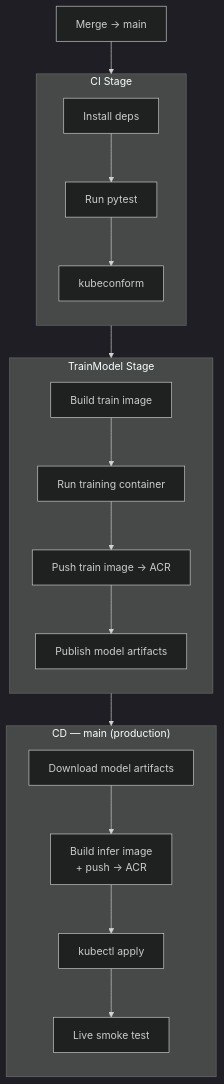
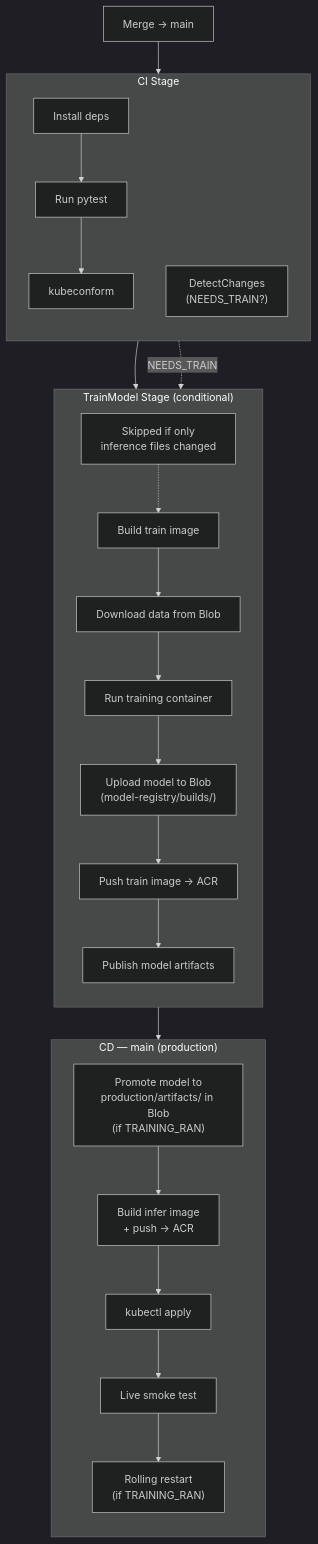
One commit to Annemarie-Bester/marketing-model-mlops-azure changed the third of 5 diagrams in docs/ci-cd-pipeline.md. Above: the diagram before and after it, drawn with Mermaid (dark theme). The commit also changed other lines of this file and 19 other files, not shown here.

````diff
--- a/docs/ci-cd-pipeline.md
+++ b/docs/ci-cd-pipeline.md
@@ -71,32 +77,38 @@
 ```mermaid
 flowchart TD
     MAIN_MERGE["Merge → main"] --> CI_MAIN
 
     subgraph CI_MAIN["CI Stage"]
         direction TB
         M_INSTALL["Install deps"]
         M_TEST["Run pytest"]
         M_K8S["kubeconform"]
+        M_DETECT["DetectChanges\n(NEEDS_TRAIN?)"]
         M_INSTALL --> M_TEST --> M_K8S
     end
 
-    subgraph TRAIN_MAIN["TrainModel Stage"]
+    subgraph TRAIN_MAIN["TrainModel Stage (conditional)"]
         direction TB
+        MT_NOTE["Skipped if only\ninference files changed"]
         MT_BUILD["Build train image"]
+        MT_DATA["Download data from Blob"]
         MT_RUN["Run training container"]
+        MT_UPLOAD["Upload model to Blob\n(model-registry/builds/)"]
         MT_PUSH["Push train image → ACR"]
         MT_PUB["Publish model artifacts"]
-        MT_BUILD --> MT_RUN --> MT_PUSH --> MT_PUB
+        MT_NOTE -.-> MT_BUILD --> MT_DATA --> MT_RUN --> MT_UPLOAD --> MT_PUSH --> MT_PUB
     end
 
     subgraph CD_MAIN["CD — main (production)"]
         direction TB
-        MAIN_DL["Download model artifacts"]
+        MAIN_PROMOTE["Promote model to\nproduction/artifacts/ in Blob\n(if TRAINING_RAN)"]
         MAIN_BUILD["Build infer image\n+ push → ACR"]
         MAIN_DEPLOY["kubectl apply"]
         MAIN_SMOKE["Live smoke test"]
-        MAIN_DL --> MAIN_BUILD --> MAIN_DEPLOY --> MAIN_SMOKE
+        MAIN_RESTART["Rolling restart\n(if TRAINING_RAN)"]
+        MAIN_PROMOTE --> MAIN_BUILD --> MAIN_DEPLOY --> MAIN_SMOKE --> MAIN_RESTART
     end
 
     CI_MAIN --> TRAIN_MAIN --> CD_MAIN
+    M_DETECT -.->|NEEDS_TRAIN| TRAIN_MAIN
 ```
````
